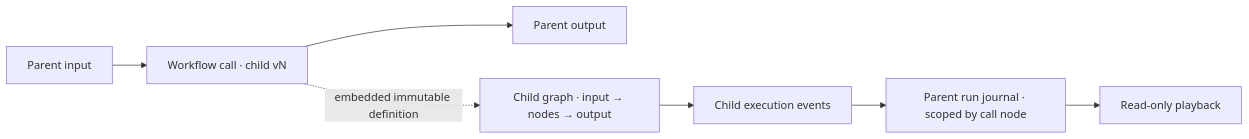
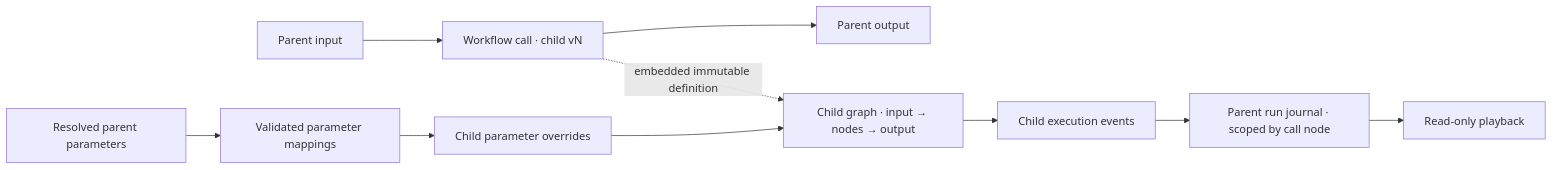
Before and after one commit to gnalvesteffer/visual-agent-workflow: the diagram in docs/nested-workflows.md, drawn with Mermaid. The commit also changed other lines of this file and 10 other files, not shown here.

````diff
--- a/docs/nested-workflows.md
+++ b/docs/nested-workflows.md
@@ -13,9 +13,11 @@
 ```mermaid
 flowchart LR
     ParentInput["Parent input"] --> Call["Workflow call · child vN"]
     Call --> ParentOutput["Parent output"]
+    ParentValues["Resolved parent parameters"] --> Mapping["Validated parameter mappings"] --> ChildValues["Child parameter overrides"]
     Call -. "embedded immutable definition" .-> Child["Child graph · input → nodes → output"]
+    ChildValues --> Child
     Child --> Events["Child execution events"]
     Events --> Audit["Parent run journal · scoped by call node"]
     Audit --> Replay["Read-only playback"]
 ```
````
